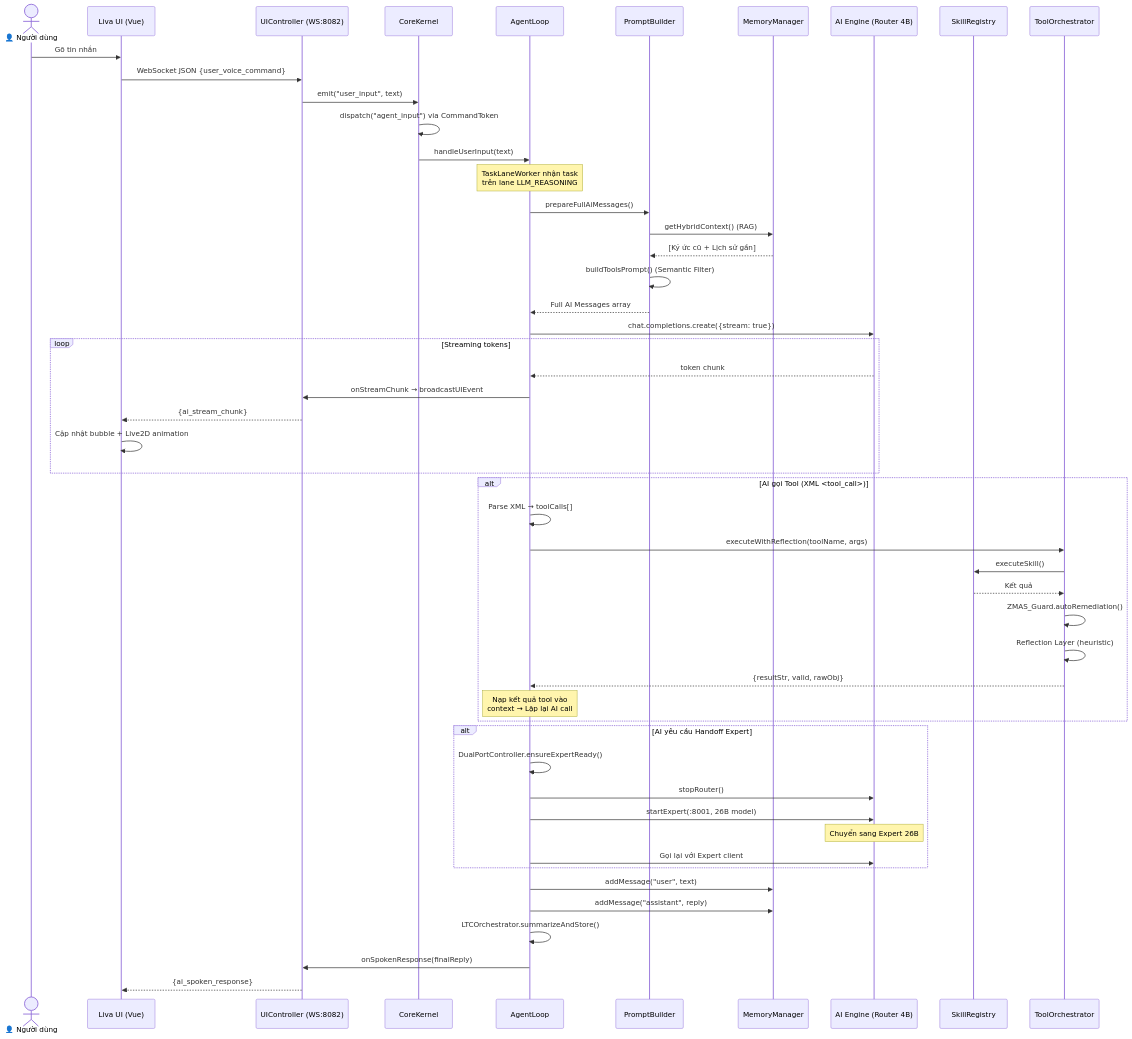
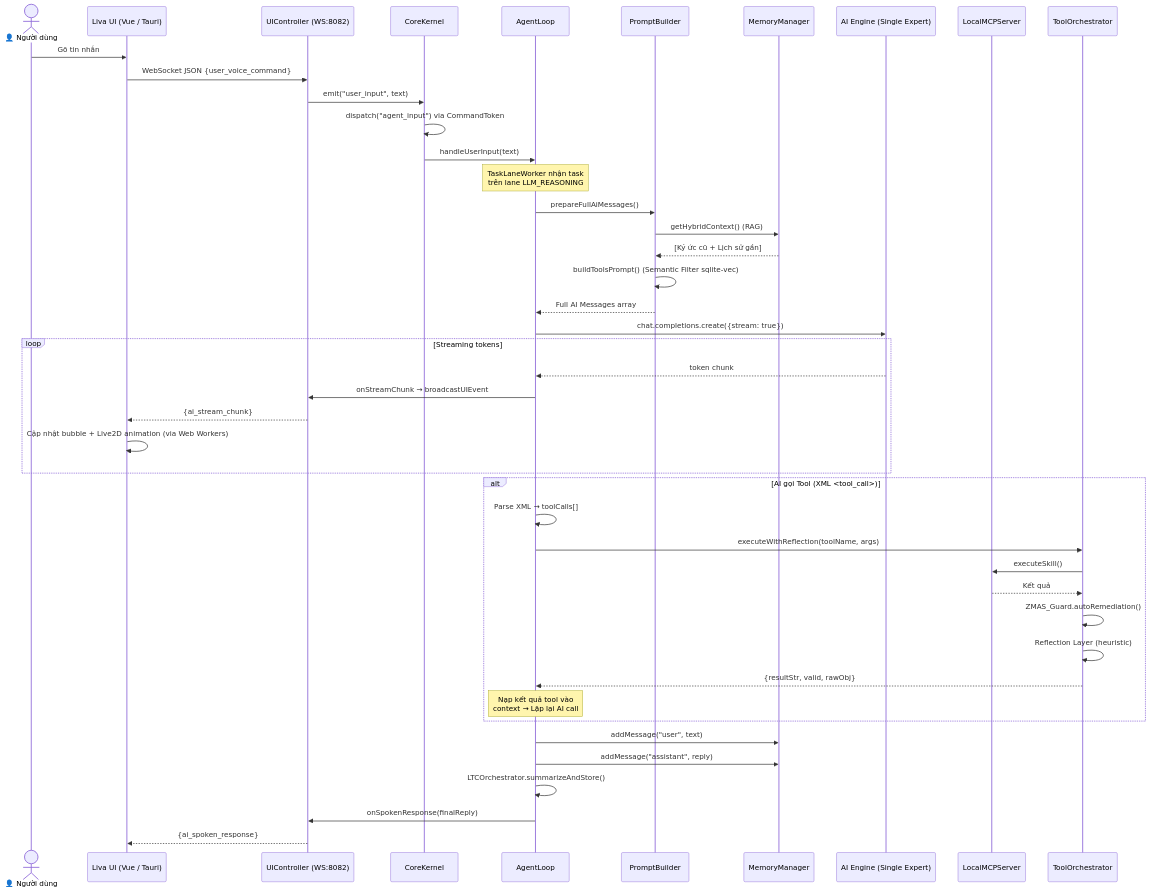
The second of 7 diagrams in docs/codebase_architecture.md (DuongNAD/LIVA), drawn with Mermaid before and after one commit. The commit also changed other lines of this file and 495 other files, not shown here.

````diff
--- a/docs/codebase_architecture.md
+++ b/docs/codebase_architecture.md
@@ -194,62 +183,54 @@
 ```mermaid
 sequenceDiagram
     actor User as 👤 Người dùng
-    participant UI as Liva UI (Vue)
+    participant UI as Liva UI (Vue / Tauri)
     participant WS as UIController (WS:8082)
     participant CK as CoreKernel
     participant AL as AgentLoop
     participant PB as PromptBuilder
     participant MM as MemoryManager
-    participant AI as AI Engine (Router 4B)
-    participant SK as SkillRegistry
+    participant AI as AI Engine (Single Expert)
+    participant MCP as LocalMCPServer
     participant TO as ToolOrchestrator
 
     User->>UI: Gõ tin nhắn
     UI->>WS: WebSocket JSON {user_voice_command}
     WS->>CK: emit("user_input", text)
     CK->>CK: dispatch("agent_input") via CommandToken
     CK->>AL: handleUserInput(text)
     
     Note over AL: TaskLaneWorker nhận task<br/>trên lane LLM_REASONING
 
     AL->>PB: prepareFullAiMessages()
     PB->>MM: getHybridContext() (RAG)
     MM-->>PB: [Ký ức cũ + Lịch sử gần]
-    PB->>PB: buildToolsPrompt() (Semantic Filter)
+    PB->>PB: buildToolsPrompt() (Semantic Filter sqlite-vec)
     PB-->>AL: Full AI Messages array
 
     AL->>AI: chat.completions.create({stream: true})
     
     loop Streaming tokens
         AI-->>AL: token chunk
         AL->>WS: onStreamChunk → broadcastUIEvent
         WS-->>UI: {ai_stream_chunk}
-        UI->>UI: Cập nhật bubble + Live2D animation
+        UI->>UI: Cập nhật bubble + Live2D animation (via Web Workers)
     end
 
     alt AI gọi Tool (XML <tool_call>)
         AL->>AL: Parse XML → toolCalls[]
         AL->>TO: executeWithReflection(toolName, args)
-        TO->>SK: executeSkill()
-        SK-->>TO: Kết quả
+        TO->>MCP: executeSkill()
+        MCP-->>TO: Kết quả
         TO->>TO: ZMAS_Guard.autoRemediation()
         TO->>TO: Reflection Layer (heuristic)
         TO-->>AL: {resultStr, valid, rawObj}
         
         Note over AL: Nạp kết quả tool vào<br/>context → Lặp lại AI call
-    end
-
-    alt AI yêu cầu Handoff Expert
-        AL->>AL: DualPortController.ensureExpertReady()
-        AL->>AI: stopRouter()
-        AL->>AI: startExpert(:8001, 26B model)
-        Note over AI: Chuyển sang Expert 26B
-        AL->>AI: Gọi lại với Expert client
     end
 
     AL->>MM: addMessage("user", text)
     AL->>MM: addMessage("assistant", reply)
     AL->>AL: LTCOrchestrator.summarizeAndStore()
     AL->>WS: onSpokenResponse(finalReply)
     WS-->>UI: {ai_spoken_response}
 ```
````
